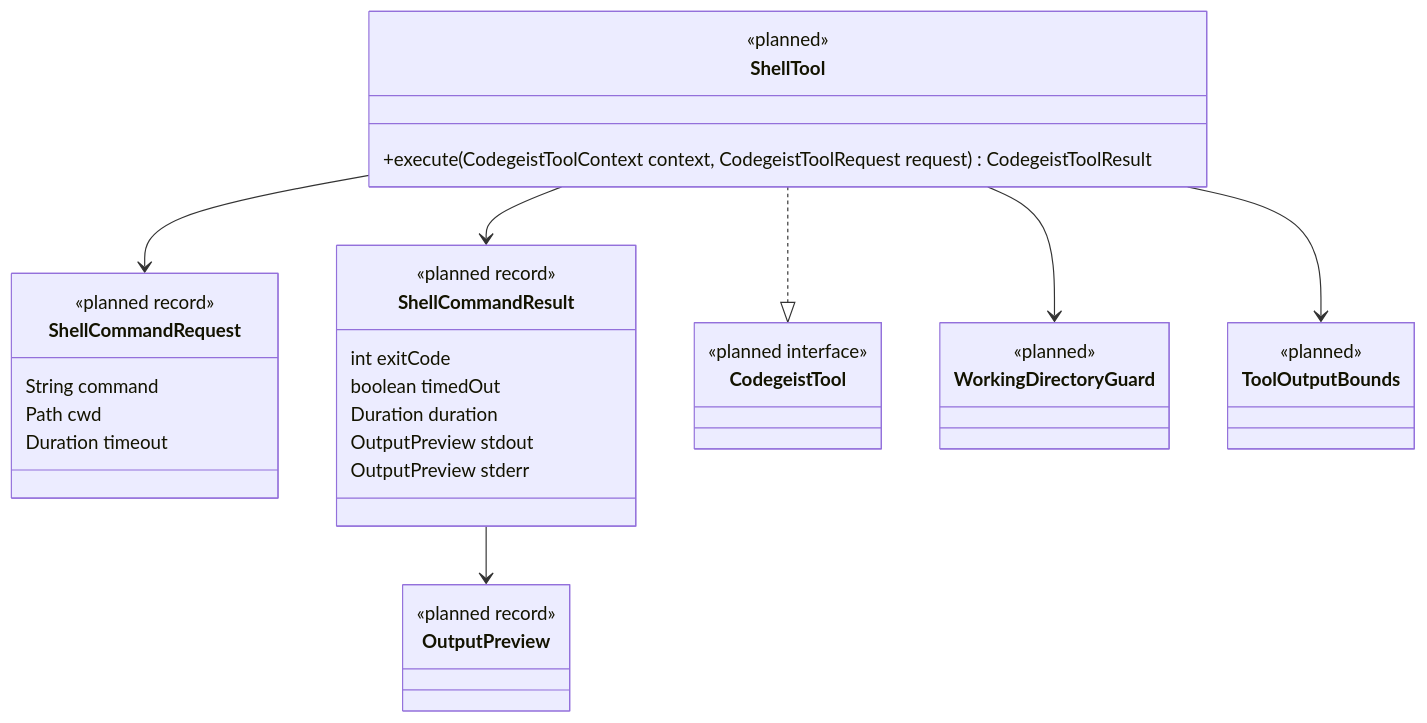
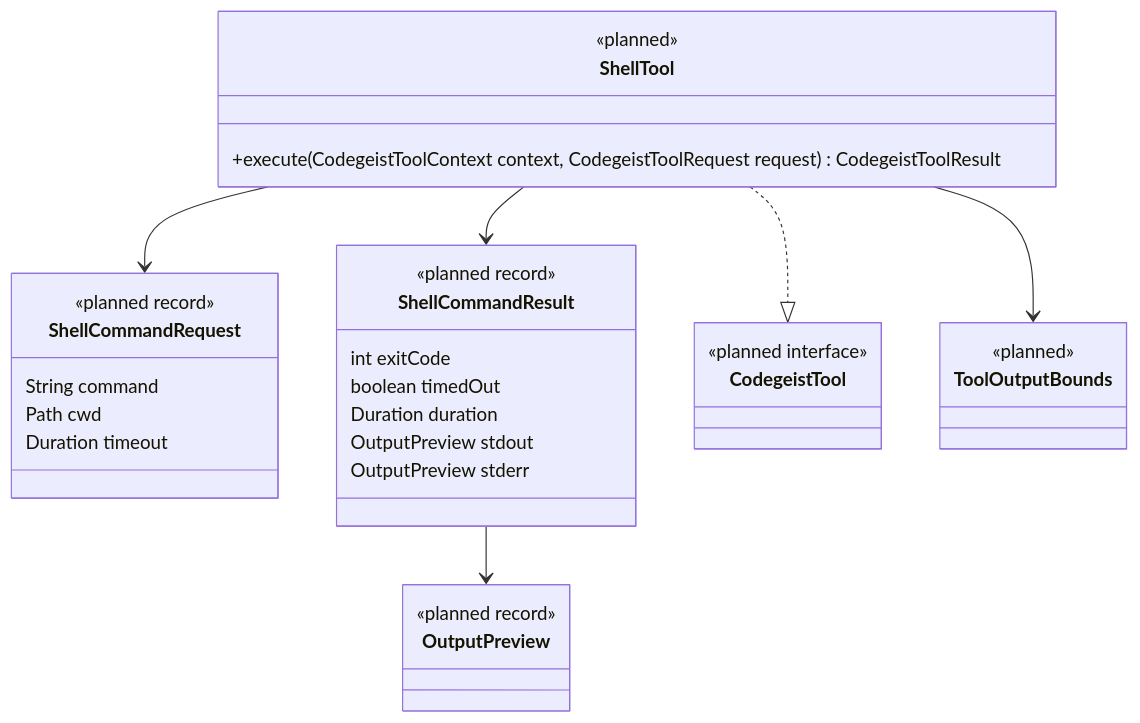
One commit to codegeist-ai/codegeist changed diagram 11 of 17 in docs/tasks/T007_build-codegeist-runtime-harness/runtime-harness-spec.md. Above: the diagram before and after it, drawn with Mermaid. The commit also changed other lines of this file and 61 other files, not shown here.

````diff
--- a/docs/tasks/T007_build-codegeist-runtime-harness/runtime-harness-spec.md
+++ b/docs/tasks/T007_build-codegeist-runtime-harness/runtime-harness-spec.md
@@ -534,48 +513,43 @@
 ```mermaid
 classDiagram
     direction TB
 
     class ShellTool {
       <<planned>>
       +execute(CodegeistToolContext context, CodegeistToolRequest request) CodegeistToolResult
     }
 
     class ShellCommandRequest {
       <<planned record>>
       String command
       Path cwd
       Duration timeout
     }
 
     class ShellCommandResult {
       <<planned record>>
       int exitCode
       boolean timedOut
       Duration duration
       OutputPreview stdout
       OutputPreview stderr
     }
 
     class CodegeistTool {
       <<planned interface>>
     }
 
-    class WorkingDirectoryGuard {
-      <<planned>>
-    }
-
     class ToolOutputBounds {
       <<planned>>
     }
 
     class OutputPreview {
       <<planned record>>
     }
 
     ShellTool ..|> CodegeistTool
-    ShellTool --> WorkingDirectoryGuard
     ShellTool --> ToolOutputBounds
     ShellTool --> ShellCommandRequest
     ShellTool --> ShellCommandResult
     ShellCommandResult --> OutputPreview
 ```
````
